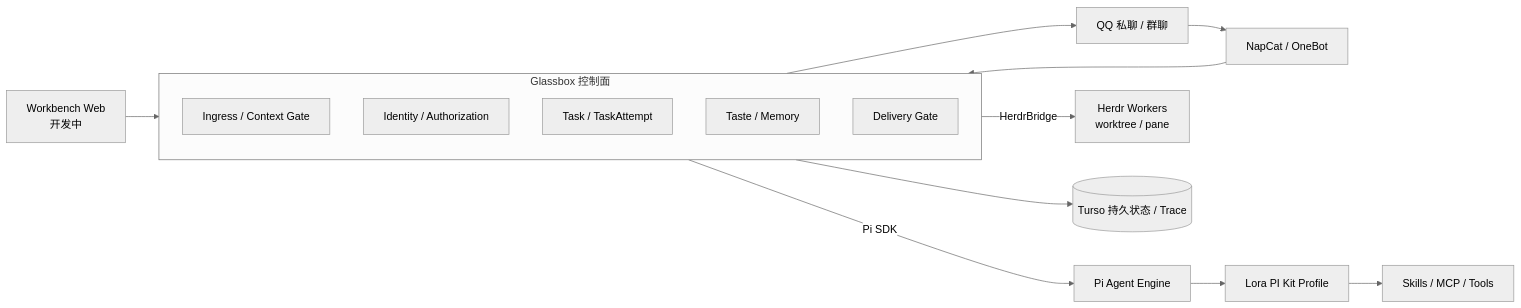
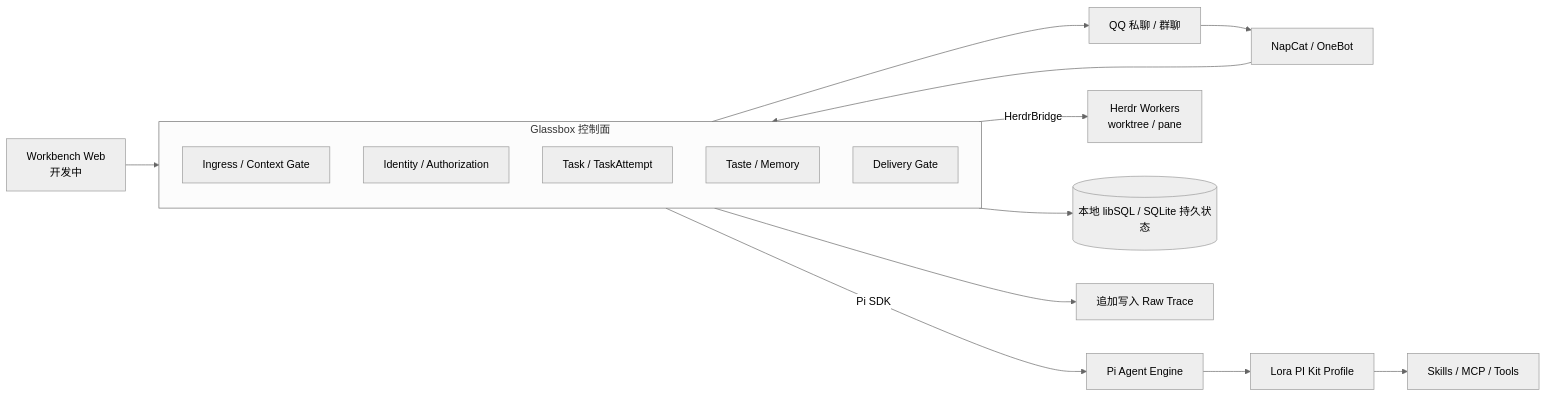
One commit to lora-sys/Glassbox-Agent-Harness changed the first of 2 diagrams in README.md. Above: the diagram before and after it, drawn with Mermaid (neutral theme). The commit also changed other lines of this file and 19 other files, not shown here.

Commit message:
docs: reconcile implementation status and architecture references (#160)

````diff
--- a/README.md
+++ b/README.md
@@ -40,22 +43,23 @@
 ```mermaid
 flowchart LR
     QQ[QQ 私聊 / 群聊] --> OB[NapCat / OneBot]
     WB[Workbench Web<br/>开发中] --> GB
     OB --> GB
 
     subgraph GB[Glassbox 控制面]
         direction TB
         G1[Ingress / Context Gate]
         G2[Identity / Authorization]
         G3[Task / TaskAttempt]
         G4[Taste / Memory]
         G5[Delivery Gate]
     end
 
     GB -- Pi SDK --> PI[Pi Agent Engine]
     PI --> KIT[Lora PI Kit Profile]
     KIT --> T[Skills / MCP / Tools]
     GB -- HerdrBridge --> H[Herdr Workers<br/>worktree / pane]
-    GB --> DB[(Turso 持久状态 / Trace)]
+    GB --> DB[(本地 libSQL / SQLite 持久状态)]
+    GB --> TRACE[追加写入 Raw Trace]
     G5 --> QQ
 ```
````
